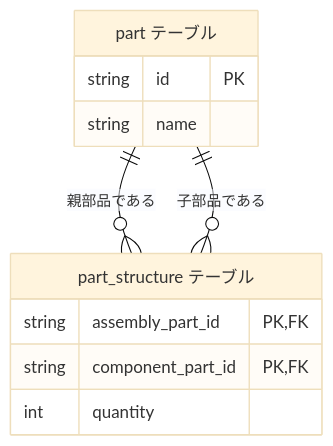
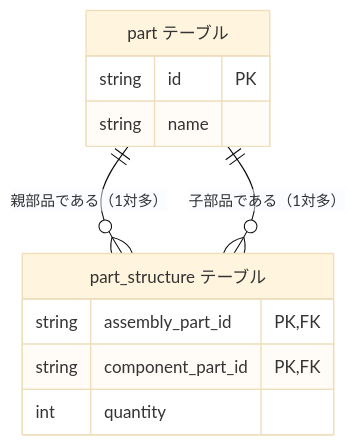
The third of 30 diagrams in docs/software/software_middleware_database_rdb_er.md (hiroki-it/tech-notebook), drawn with Mermaid (base theme) before and after one commit. The commit also changed other lines of this file and 4 other files, not shown here.

````diff
--- a/docs/software/software_middleware_database_rdb_er.md
+++ b/docs/software/software_middleware_database_rdb_er.md
@@ -78,16 +78,16 @@
 ```mermaid
 erDiagram
   part["part テーブル"] {
     string id PK
     string name
   }
 
   part_structure["part_structure テーブル"] {
     string assembly_part_id PK,FK
     string component_part_id PK,FK
     int quantity
   }
 
-  part ||--o{ part_structure : "親部品である"
-  part ||--o{ part_structure : "子部品である"
+  part ||--o{ part_structure : "親部品である（1対多）"
+  part ||--o{ part_structure : "子部品である（1対多）"
 ```
````
